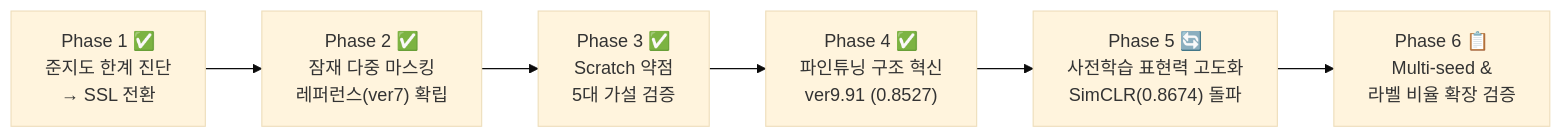
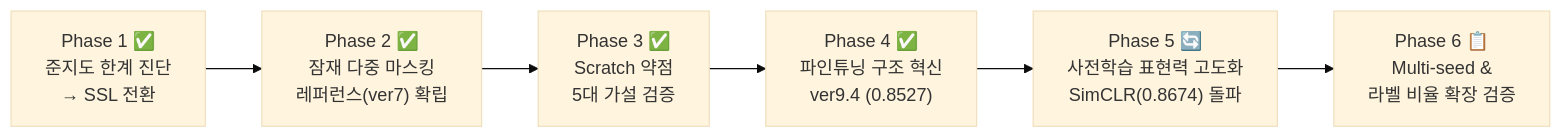
Before and after one commit to dmc031010-ux/capstone-WM-811K: the diagram in ROADMAP.md, drawn with Mermaid (base theme). The commit also changed other lines of this file and 2 other files, not shown here.

Commit message:
Update docs with unified ver9.1-9.5 naming and ver9.5D result

````diff
--- a/ROADMAP.md
+++ b/ROADMAP.md
@@ -9,9 +9,9 @@
 ```mermaid
 flowchart LR
     P1["Phase 1 ✅<br/>준지도 한계 진단<br/>→ SSL 전환"]
     --> P2["Phase 2 ✅<br/>잠재 다중 마스킹<br/>레퍼런스(ver7) 확립"]
     --> P3["Phase 3 ✅<br/>Scratch 약점<br/>5대 가설 검증"]
-    --> P4["Phase 4 ✅<br/>파인튜닝 구조 혁신<br/>ver9.91 (0.8527)"]
+    --> P4["Phase 4 ✅<br/>파인튜닝 구조 혁신<br/>ver9.4 (0.8527)"]
     --> P5["Phase 5 🔄<br/>사전학습 표현력 고도화<br/>SimCLR(0.8674) 돌파"]
     --> P6["Phase 6 📋<br/>Multi-seed &<br/>라벨 비율 확장 검증"]
 ```
````
